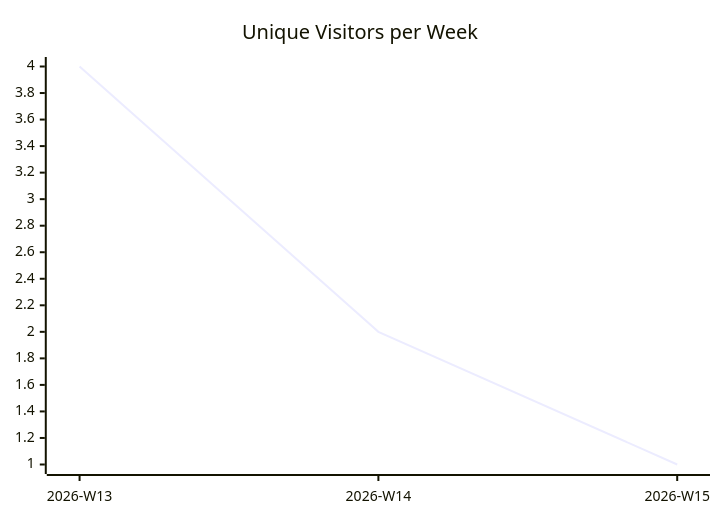
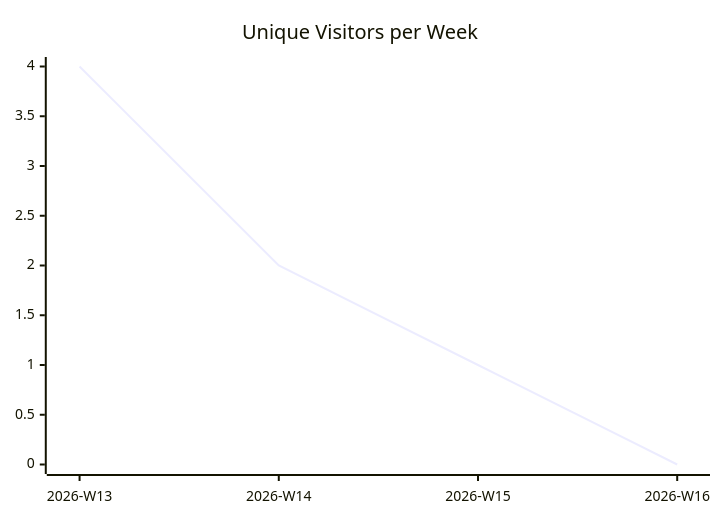
One commit to justdavis-family/github-analytics-data changed the first of 3 diagrams in karlmdavis/xmlpull/README.md. Above: the diagram before and after it, drawn with Mermaid. The commit also changed other lines of this file and 176 other files, not shown here.

````diff
--- a/karlmdavis/xmlpull/README.md
+++ b/karlmdavis/xmlpull/README.md
@@ -5,6 +5,6 @@
 ```mermaid
 xychart-beta
   title "Unique Visitors per Week"
-  x-axis ["2026-W13", "2026-W14", "2026-W15"]
-  line [4, 2, 1]
+  x-axis ["2026-W13", "2026-W14", "2026-W15", "2026-W16"]
+  line [4, 2, 1, 0]
 ```
````
